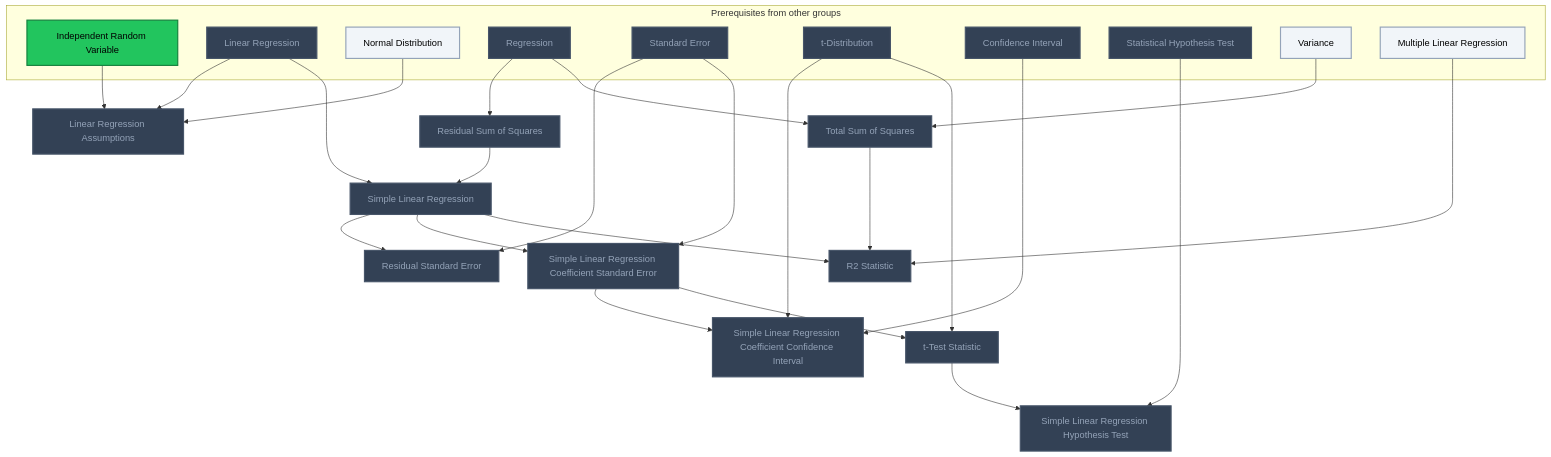
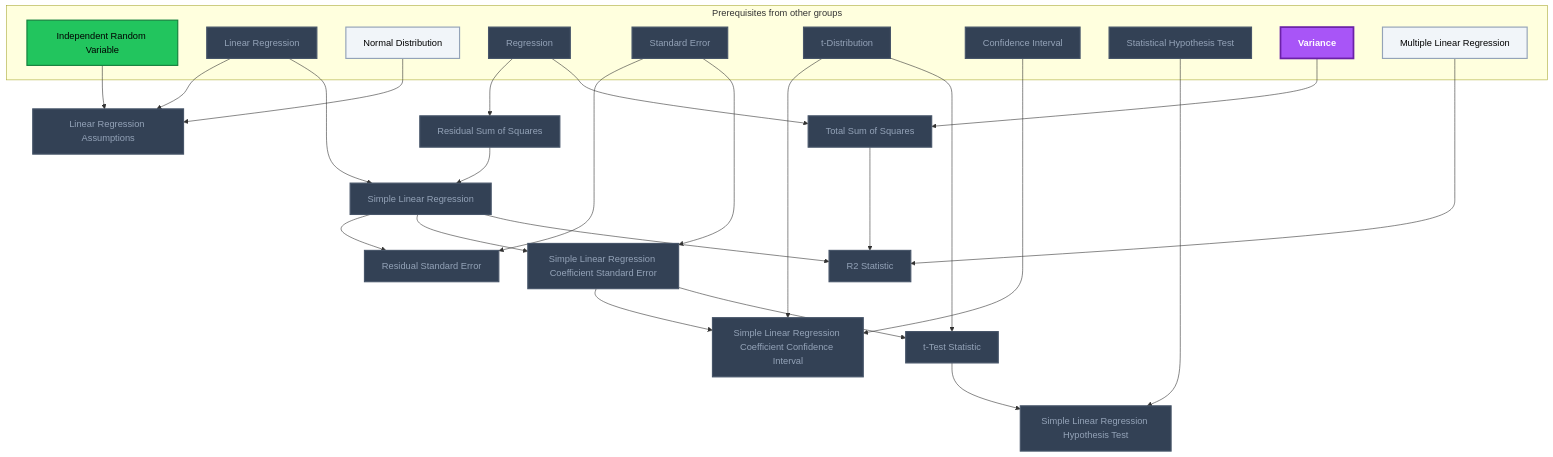
Before and after one commit to MRauf1/My-Notes: the third of 4 diagrams in Gamification/Skill Trees/Statistical Learning.md, drawn with Mermaid. The commit also changed other lines of this file and 73 other files, not shown here.

````diff
--- a/Gamification/Skill Trees/Statistical Learning.md
+++ b/Gamification/Skill Trees/Statistical Learning.md
@@ -113,60 +113,61 @@
 ```mermaid
 flowchart TD
     classDef planned fill:#1E293B,stroke:#64748B,stroke-width:2px,stroke-dasharray:5 5,color:#94A3B8;
     classDef locked fill:#334155,stroke:#475569,stroke-width:2px,color:#94A3B8;
     classDef L0 fill:#F1F5F9,stroke:#94A3B8,stroke-width:2px,color:#000000;
     classDef L1 fill:#22C55E,stroke:#15803D,stroke-width:2px,color:#000000;
     classDef L2 fill:#3B82F6,stroke:#1D4ED8,stroke-width:3px,color:#FFFFFF;
     classDef L3 fill:#A855F7,stroke:#6B21A8,stroke-width:3px,color:#FFFFFF,font-weight:bold;
     classDef L4 fill:#F97316,stroke:#C2410C,stroke-width:4px,color:#000000,font-weight:bold;
     classDef L5 fill:#FFD700,stroke:#FF8C00,stroke-width:5px,color:#000000,font-weight:bold;
     classDef rusty stroke:#8B4513,stroke-width:4px,stroke-dasharray:3 3;
     subgraph sg_prereqs["Prerequisites from other groups"]
         n_independent_random_variable["Independent Random Variable"]
         n_linear_regression["Linear Regression"]
         n_normal_distribution["Normal Distribution"]
         n_regression["Regression"]
         n_standard_error["Standard Error"]
         n_t_distribution["t-Distribution"]
         n_confidence_interval["Confidence Interval"]
         n_statistical_hypothesis_test["Statistical Hypothesis Test"]
         n_variance["Variance"]
         n_multiple_linear_regression["Multiple Linear Regression"]
     end
     n_linear_regression_assumptions["Linear Regression Assumptions"]
     n_residual_sum_of_squares["Residual Sum of Squares"]
     n_simple_linear_regression["Simple Linear Regression"]
     n_residual_standard_error["Residual Standard Error"]
     n_simple_linear_regression_coefficient_standard_error["Simple Linear Regression Coefficient Standard Error"]
     n_simple_linear_regression_coefficient_confidence_interval["Simple Linear Regression Coefficient Confidence Interval"]
     n_t_test_statistic["t-Test Statistic"]
     n_simple_linear_regression_hypothesis_test["Simple Linear Regression Hypothesis Test"]
     n_total_sum_of_squares["Total Sum of Squares"]
     n_r2_statistic["R2 Statistic"]
     n_independent_random_variable --> n_linear_regression_assumptions
     n_linear_regression --> n_linear_regression_assumptions
     n_normal_distribution --> n_linear_regression_assumptions
     n_regression --> n_residual_sum_of_squares
     n_linear_regression --> n_simple_linear_regression
     n_residual_sum_of_squares --> n_simple_linear_regression
     n_simple_linear_regression --> n_residual_standard_error
     n_standard_error --> n_residual_standard_error
     n_simple_linear_regression --> n_simple_linear_regression_coefficient_standard_error
     n_standard_error --> n_simple_linear_regression_coefficient_standard_error
     n_t_distribution --> n_simple_linear_regression_coefficient_confidence_interval
     n_confidence_interval --> n_simple_linear_regression_coefficient_confidence_interval
     n_simple_linear_regression_coefficient_standard_error --> n_simple_linear_regression_coefficient_confidence_interval
     n_t_distribution --> n_t_test_statistic
     n_simple_linear_regression_coefficient_standard_error --> n_t_test_statistic
     n_statistical_hypothesis_test --> n_simple_linear_regression_hypothesis_test
     n_t_test_statistic --> n_simple_linear_regression_hypothesis_test
     n_regression --> n_total_sum_of_squares
     n_variance --> n_total_sum_of_squares
     n_simple_linear_regression --> n_r2_statistic
     n_total_sum_of_squares --> n_r2_statistic
     n_multiple_linear_regression --> n_r2_statistic
     class n_linear_regression,n_regression,n_standard_error,n_t_distribution,n_confidence_interval,n_statistical_hypothesis_test,n_linear_regression_assumptions,n_residual_sum_of_squares,n_simple_linear_regression,n_residual_standard_error,n_simple_linear_regression_coefficient_standard_error,n_simple_linear_regression_coefficient_confidence_interval,n_t_test_statistic,n_simple_linear_regression_hypothesis_test,n_total_sum_of_squares,n_r2_statistic locked;
-    class n_normal_distribution,n_variance,n_multiple_linear_regression L0;
+    class n_normal_distribution,n_multiple_linear_regression L0;
     class n_independent_random_variable L1;
+    class n_variance L3;
     class n_independent_random_variable,n_linear_regression,n_normal_distribution,n_regression,n_standard_error,n_t_distribution,n_confidence_interval,n_statistical_hypothesis_test,n_variance,n_multiple_linear_regression,n_linear_regression_assumptions,n_residual_sum_of_squares,n_simple_linear_regression,n_residual_standard_error,n_simple_linear_regression_coefficient_standard_error,n_simple_linear_regression_coefficient_confidence_interval,n_t_test_statistic,n_simple_linear_regression_hypothesis_test,n_total_sum_of_squares,n_r2_statistic internal-link;
 ```
````
